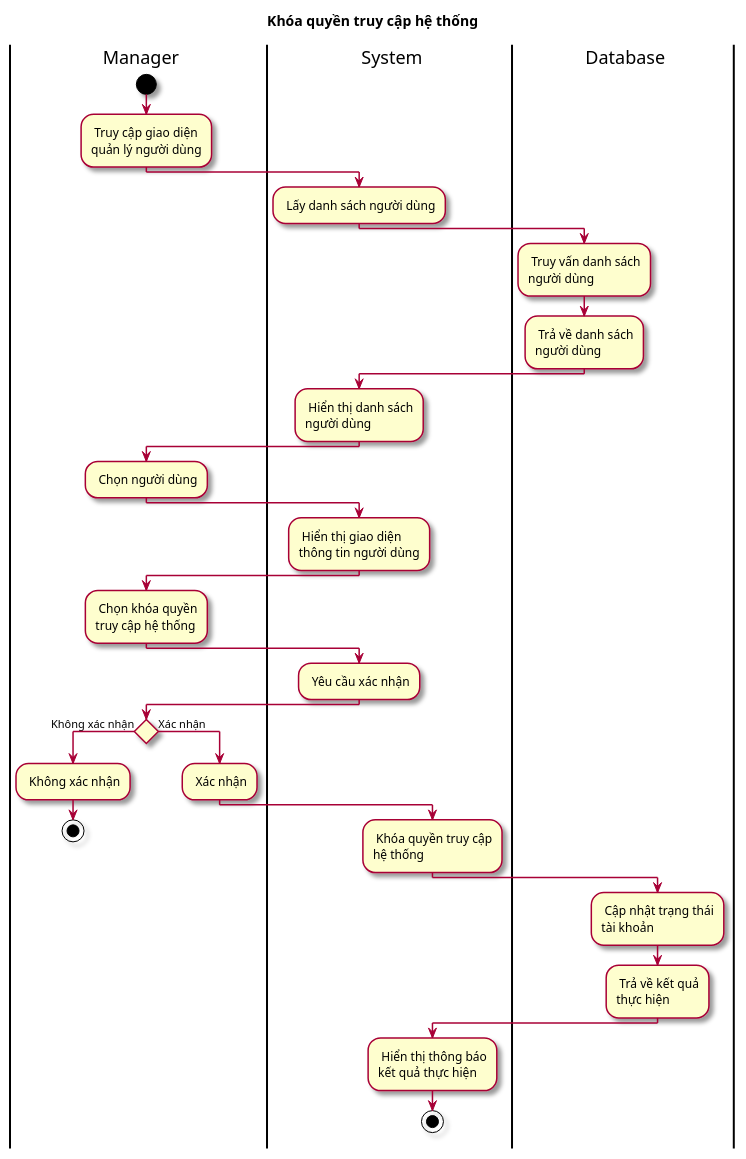
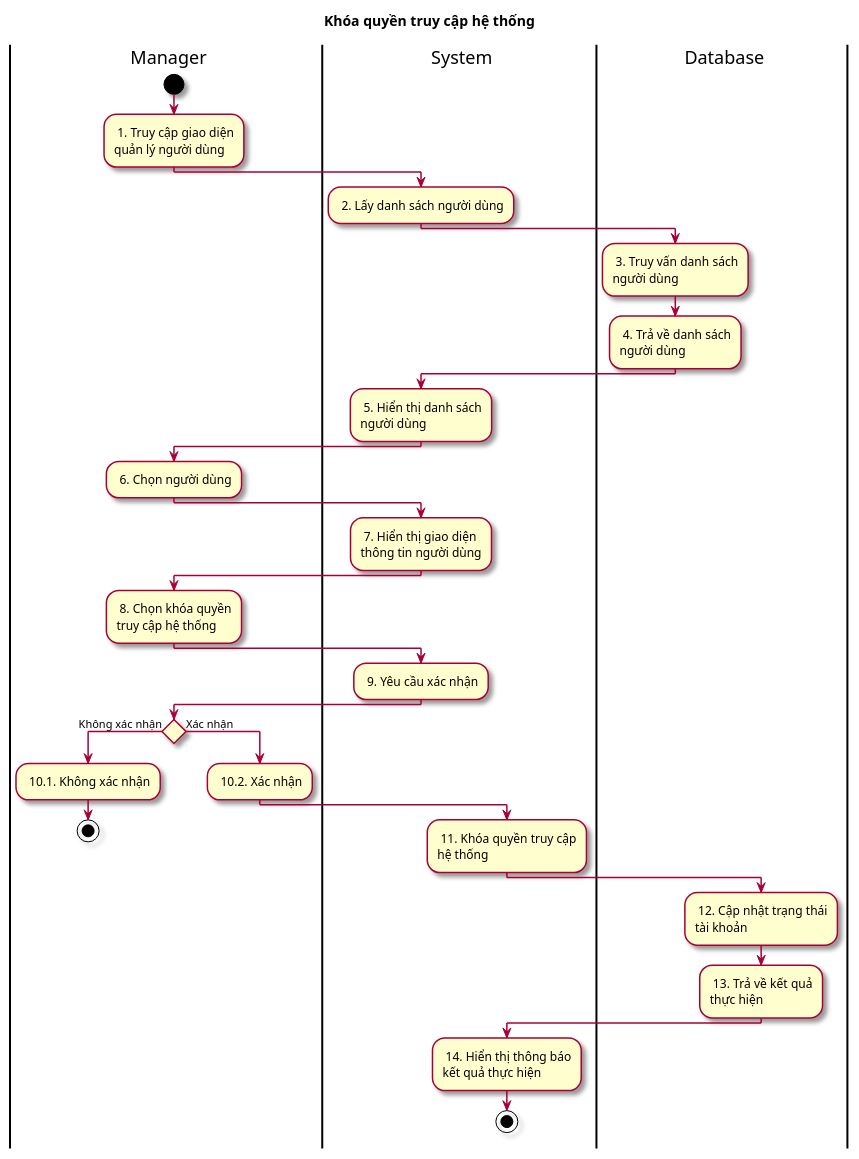
One commit to Griselda4774/EAS-EmploymentAssistanceSystem changed the diagram in Lab1/Lab 1.2 Diagram/Activity/FileUML/16.1. ActKhoaQuyenTruyCapHeThong.puml. Above: the diagram before and after it, drawn with PlantUML. The commit also changed 44 other files, not shown here.

Commit message:
update act diagram

```diff
--- a/Lab1/Lab 1.2 Diagram/Activity/FileUML/16.1. ActKhoaQuyenTruyCapHeThong.puml
+++ b/Lab1/Lab 1.2 Diagram/Activity/FileUML/16.1. ActKhoaQuyenTruyCapHeThong.puml
@@ -1,42 +1,42 @@
 @startuml ActKhoaQuyenTruyCapHeThong
 
 skin rose
 title Khóa quyền truy cập hệ thống
 
 |manager| Manager
 |system| System
 |database| Database
 
 |manager|
 start
-: Truy cập giao diện\nquản lý người dùng;
+: 1. Truy cập giao diện\nquản lý người dùng;
 |system|
-: Lấy danh sách người dùng;
+: 2. Lấy danh sách người dùng;
 |database|
-: Truy vấn danh sách\nngười dùng;
-: Trả về danh sách\nngười dùng;
+: 3. Truy vấn danh sách\nngười dùng;
+: 4. Trả về danh sách\nngười dùng;
 |system|
-: Hiển thị danh sách\nngười dùng;
+: 5. Hiển thị danh sách\nngười dùng;
 |manager|
-: Chọn người dùng;
+: 6. Chọn người dùng;
 |system|
-: Hiển thị giao diện\nthông tin người dùng;
+: 7. Hiển thị giao diện\nthông tin người dùng;
 |manager|
-: Chọn khóa quyền\ntruy cập hệ thống;
+: 8. Chọn khóa quyền\ntruy cập hệ thống;
 |system|
-: Yêu cầu xác nhận;
+: 9. Yêu cầu xác nhận;
 |manager|
 if () then (Không xác nhận)
-: Không xác nhận;
+: 10.1. Không xác nhận;
 stop
 else (Xác nhận)
-: Xác nhận;
+: 10.2. Xác nhận;
 |system|
-: Khóa quyền truy cập\nhệ thống;
+: 11. Khóa quyền truy cập\nhệ thống;
 |database|
-: Cập nhật trạng thái\ntài khoản;
-: Trả về kết quả\nthực hiện;
+: 12. Cập nhật trạng thái\ntài khoản;
+: 13. Trả về kết quả\nthực hiện;
 |system|
-: Hiển thị thông báo\nkết quả thực hiện;
+: 14. Hiển thị thông báo\nkết quả thực hiện;
 stop
 @enduml
```
